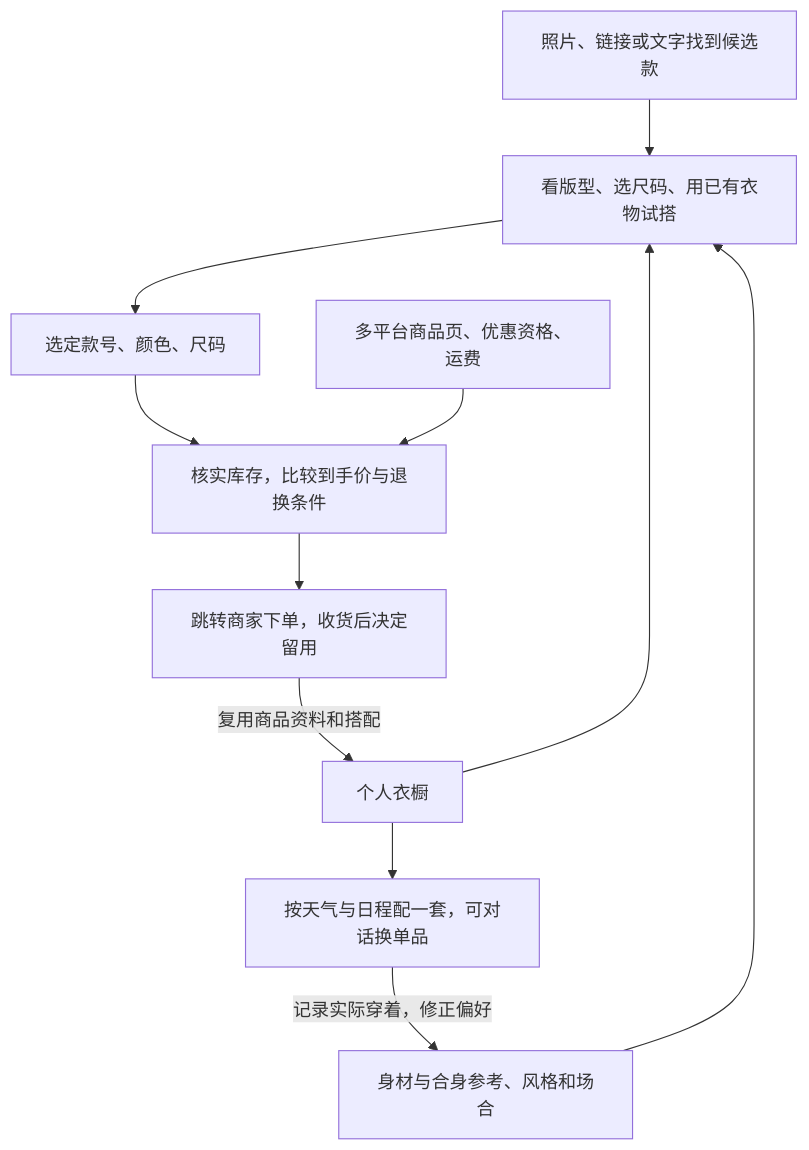
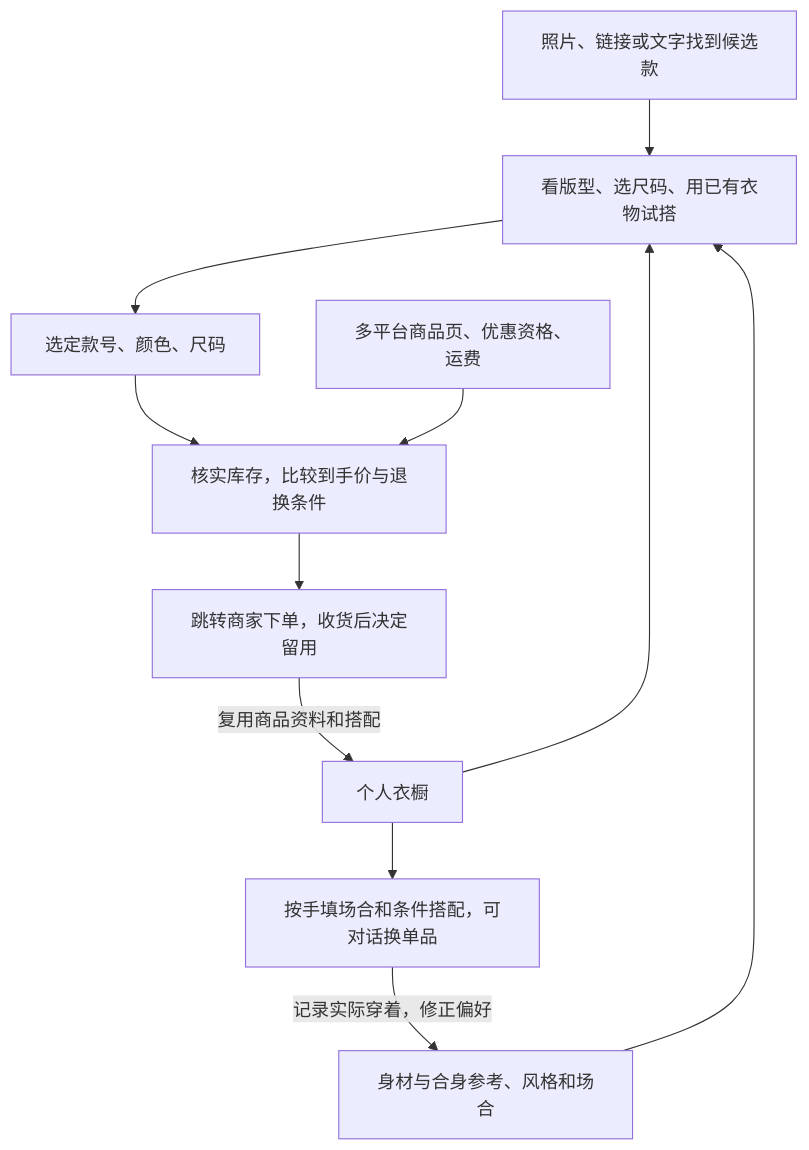
One commit to MXH814/DressWell changed the diagram in README.md. Above: the diagram before and after it, drawn with Mermaid. The commit also changed other lines of this file and 21 other files, not shown here.

````diff
--- a/README.md
+++ b/README.md
@@ -41,13 +41,13 @@
 ```mermaid
 flowchart TD
     I["照片、链接或文字找到候选款"] --> F["看版型、选尺码、用已有衣物试搭"]
     P["身材与合身参考、风格和场合"] --> F
     W["个人衣橱"] --> F
     F --> S["选定款号、颜色、尺码"]
     S --> C["核实库存，比较到手价与退换条件"]
     Q["多平台商品页、优惠资格、运费"] --> C
     C --> B["跳转商家下单，收货后决定留用"]
     B -->|"复用商品资料和搭配"| W
-    W --> D["按天气与日程配一套，可对话换单品"]
+    W --> D["按手填场合和条件搭配，可对话换单品"]
     D -->|"记录实际穿着，修正偏好"| P
 ```
````
